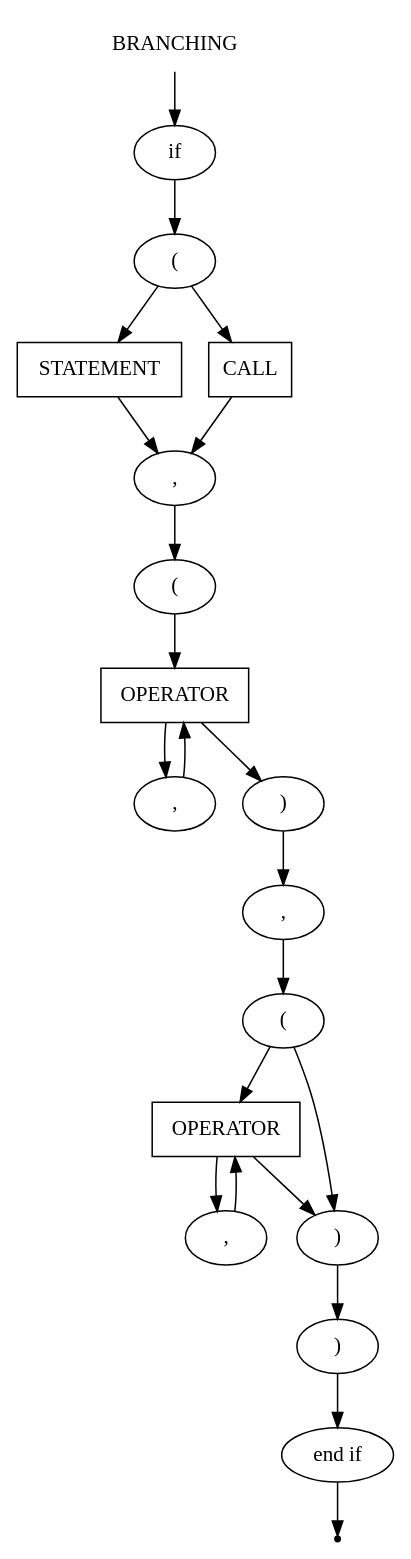
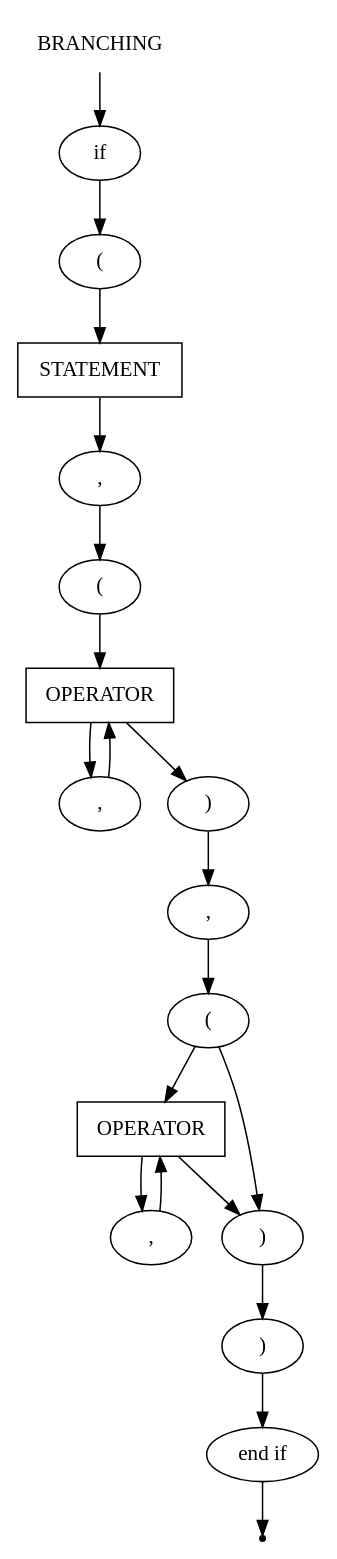
One commit to mshnschnko/ProMa changed the diagram in src/CodeParser/grammar/branching.gv. Above: the diagram before and after it, drawn with Graphviz. The commit also changed 3 other files, not shown here.

```diff
--- a/src/CodeParser/grammar/branching.gv
+++ b/src/CodeParser/grammar/branching.gv
@@ -1,42 +1,39 @@
 digraph BRANCHING{
     start [label=BRANCHING shape=plaintext]
     if [label=if shape=oval]
     statement [label=STATEMENT shape=box]
-    call [label=CALL shape=box]
     oper_true [label=OPERATOR shape=box]
     oper_else [label=OPERATOR shape=box]
     open [label="(" shape=oval]
     open_1 [label="(" shape=oval]
     open_2 [label="(" shape=oval]
     comma_true_1 [label="," shape=oval]
     comma_true_2 [label="," shape=oval]
     comma_else_1 [label="," shape=oval]
     comma_else_2 [label="," shape=oval]
     close [label=")" shape=oval]
     close_1 [label=")" shape=oval]
     close_2 [label=")" shape=oval]
     end_if [label="end if" shape=oval]
     end [label="" shape=point]
 
     start -> if
     if -> open
     open -> statement
-    open -> call
     statement -> comma_true_1
-    call -> comma_true_1
     comma_true_1 -> open_1
     open_1 -> oper_true
     oper_true -> comma_true_2
     comma_true_2 -> oper_true
     oper_true -> close_1
     close_1 -> comma_else_1
     comma_else_1 -> open_2
     open_2 -> oper_else
     open_2 -> close_2
     oper_else -> comma_else_2
     comma_else_2 -> oper_else
     oper_else -> close_2
     close_2 -> close
     close -> end_if
     end_if -> end
 }
```
